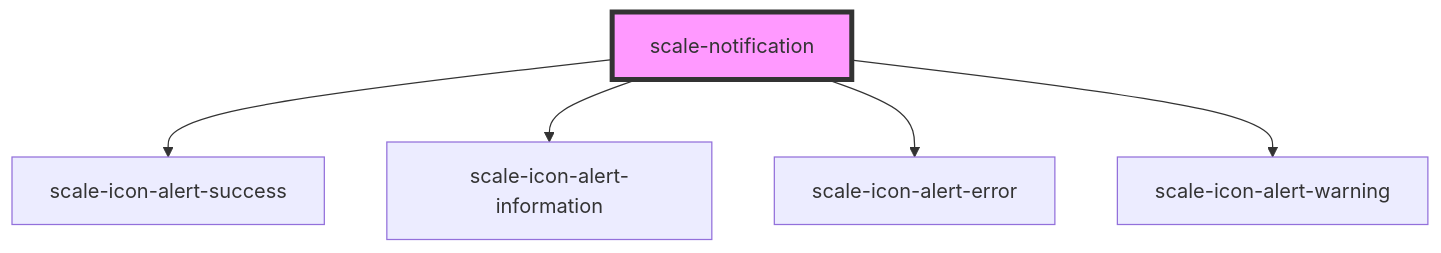
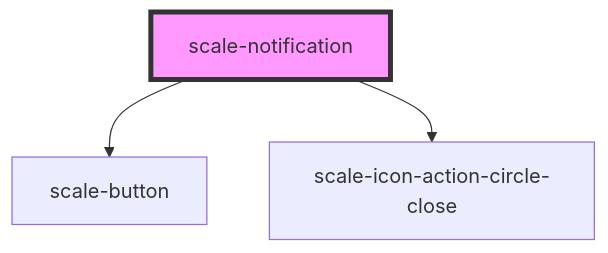
Before and after one commit to telekom/scale: the diagram in packages/components/src/components/notification/readme.md, drawn with Mermaid. The commit also changed other lines of this file and 4 other files, not shown here.

````diff
--- a/packages/components/src/components/notification/readme.md
+++ b/packages/components/src/components/notification/readme.md
@@ -28,8 +40,6 @@
 ```mermaid
 graph TD;
-  scale-notification --> scale-icon-alert-success
-  scale-notification --> scale-icon-alert-information
-  scale-notification --> scale-icon-alert-error
-  scale-notification --> scale-icon-alert-warning
+  scale-notification --> scale-button
+  scale-notification --> scale-icon-action-circle-close
   style scale-notification fill:#f9f,stroke:#333,stroke-width:4px
 ```
````
